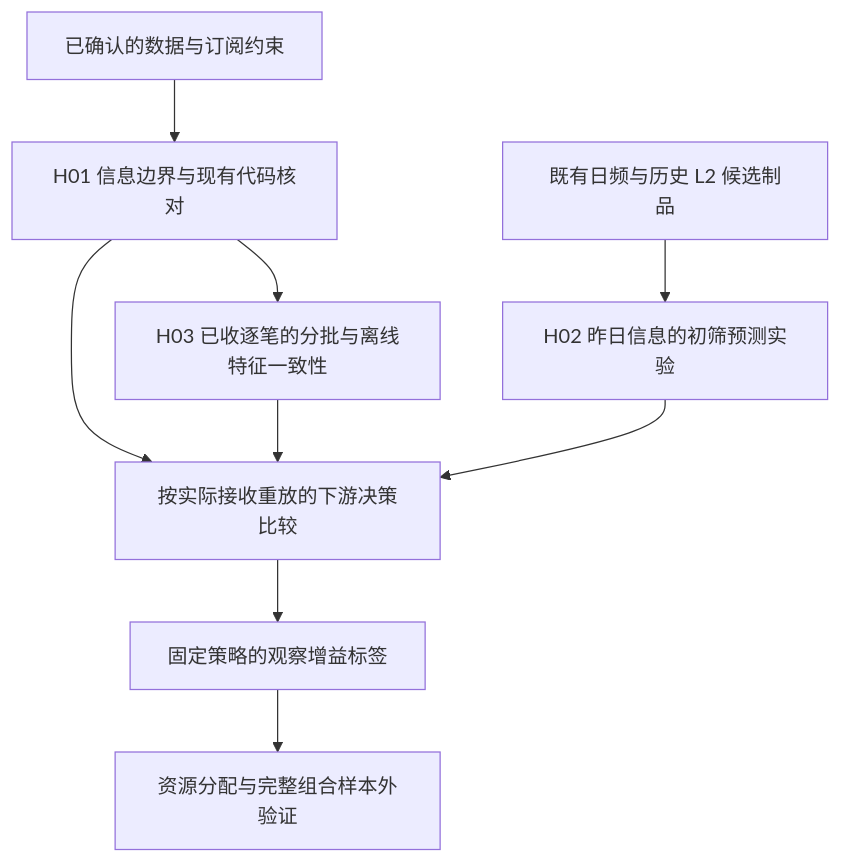
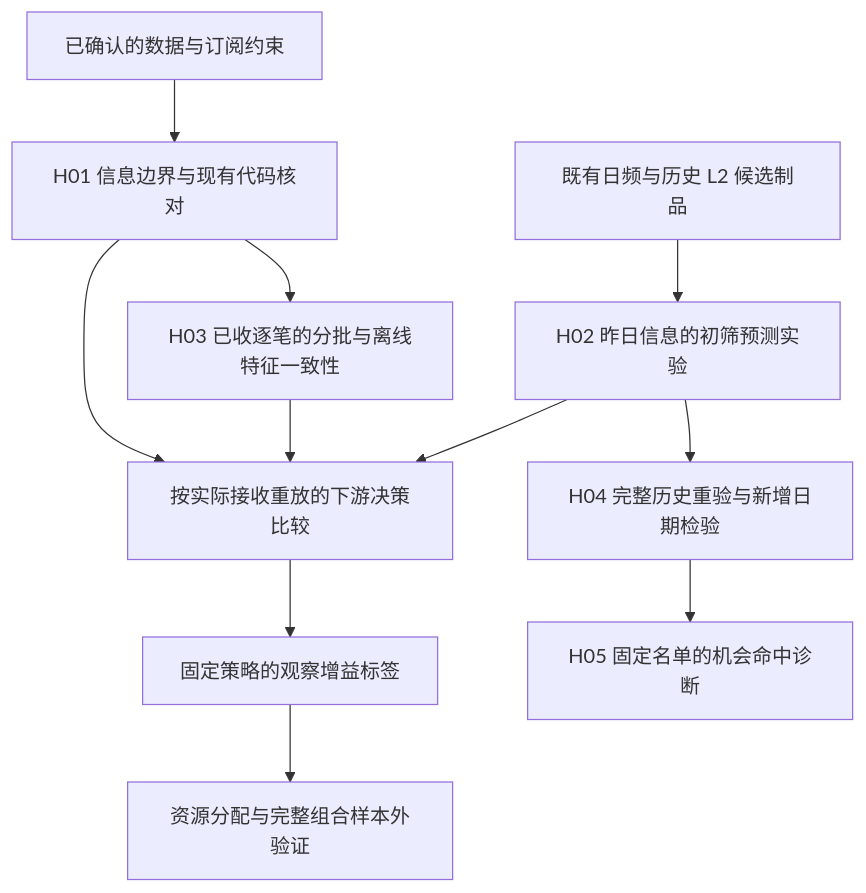
Before and after one commit to UlricWu/trading: the diagram in research/subscription-training/README.md, drawn with Mermaid. The commit also changed other lines of this file and 7 other files, not shown here.

````diff
--- a/research/subscription-training/README.md
+++ b/research/subscription-training/README.md
@@ -28,11 +28,13 @@
 ```mermaid
 flowchart TD
     A[已确认的数据与订阅约束] --> B[H01 信息边界与现有代码核对]
     C[既有日频与历史 L2 候选制品] --> D[H02 昨日信息的初筛预测实验]
     B --> E[按实际接收重放的下游决策比较]
     B --> H[H03 已收逐笔的分批与离线特征一致性]
     H --> E
     D --> E
+    D --> I[H04 完整历史重验与新增日期检验]
+    I --> J[H05 固定名单的机会命中诊断]
     E --> F[固定策略的观察增益标签]
     F --> G[资源分配与完整组合样本外验证]
 ```
````
